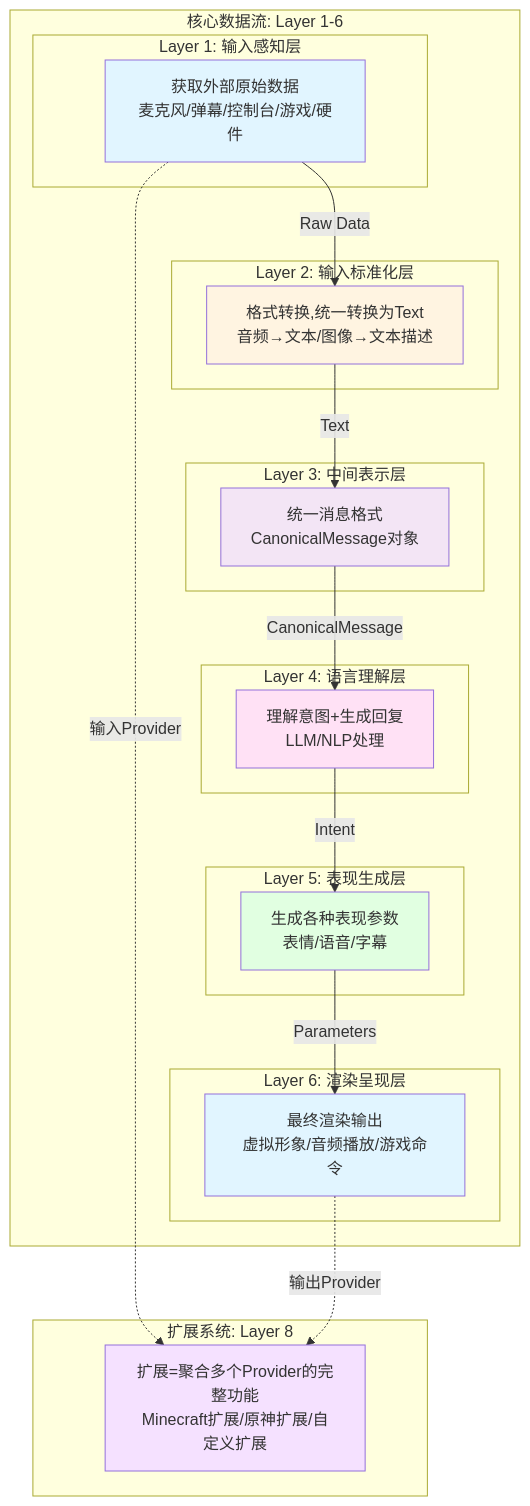
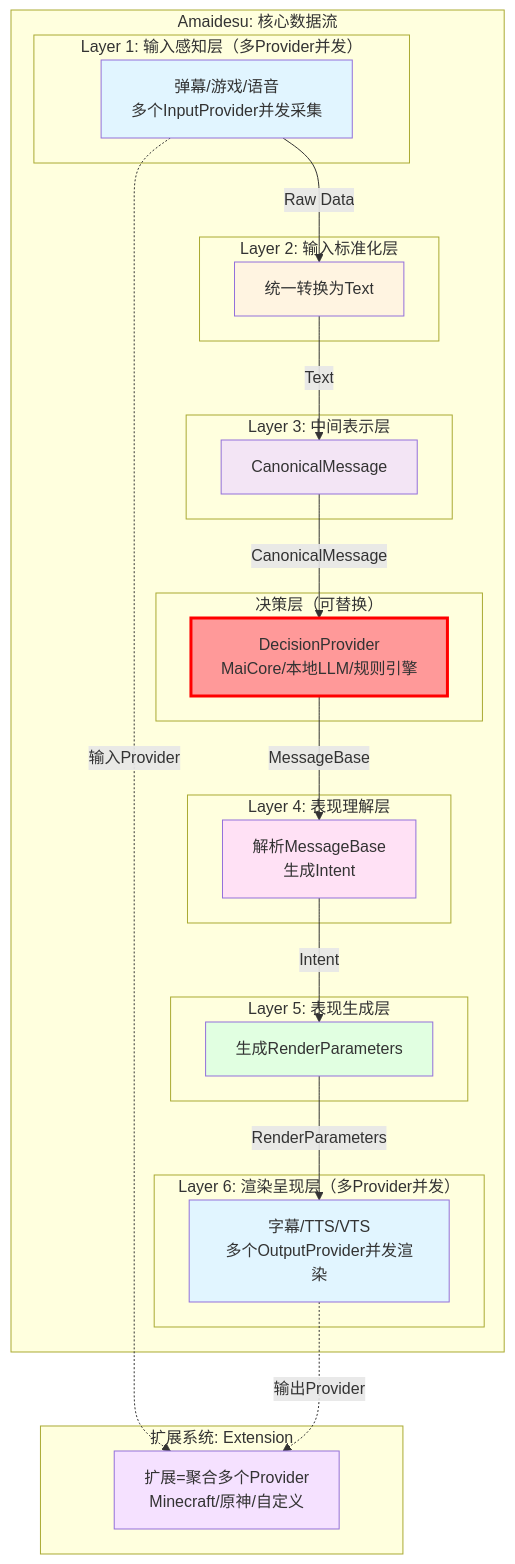
Before and after one commit to Mai-with-u/Amaidesu: the diagram in refactor/design.md, drawn with Mermaid. The commit also changed other lines of this file and 12 other files, not shown here.

````diff
--- a/refactor/design.md
+++ b/refactor/design.md
@@ -78,49 +79,55 @@
 ```mermaid
 graph TB
-    subgraph "核心数据流: Layer 1-6"
-        subgraph "Layer 1: 输入感知层"
-            Perception[获取外部原始数据<br/>麦克风/弹幕/控制台/游戏/硬件]
+    subgraph "Amaidesu: 核心数据流"
+        subgraph "Layer 1: 输入感知层（多Provider并发）"
+            Perception[弹幕/游戏/语音<br/>多个InputProvider并发采集]
         end
 
         subgraph "Layer 2: 输入标准化层"
-            Normalization[格式转换,统一转换为Text<br/>音频→文本/图像→文本描述]
+            Normalization[统一转换为Text]
         end
 
         subgraph "Layer 3: 中间表示层"
-            Canonical[统一消息格式<br/>CanonicalMessage对象]
+            Canonical[CanonicalMessage]
         end
 
-        subgraph "Layer 4: 语言理解层"
-            Understanding[理解意图+生成回复<br/>LLM/NLP处理]
+        subgraph "决策层（可替换）"
+            DecisionLayer[DecisionProvider<br/>MaiCore/本地LLM/规则引擎]
+        end
+
+        subgraph "Layer 4: 表现理解层"
+            Understanding[解析MessageBase<br/>生成Intent]
         end
 
         subgraph "Layer 5: 表现生成层"
-            Expression[生成各种表现参数<br/>表情/语音/字幕]
+            Expression[生成RenderParameters]
         end
 
-        subgraph "Layer 6: 渲染呈现层"
-            Rendering[最终渲染输出<br/>虚拟形象/音频播放/游戏命令]
+        subgraph "Layer 6: 渲染呈现层（多Provider并发）"
+            Rendering[字幕/TTS/VTS<br/>多个OutputProvider并发渲染]
         end
     end
 
-    subgraph "扩展系统: Layer 8"
-        Extensions[扩展=聚合多个Provider的完整功能<br/>Minecraft扩展/原神扩展/自定义扩展]
+    subgraph "扩展系统: Extension"
+        Extensions[扩展=聚合多个Provider<br/>Minecraft/原神/自定义]
     end
 
     Perception -->|"Raw Data"| Normalization
     Normalization -->|"Text"| Canonical
-    Canonical -->|"CanonicalMessage"| Understanding
+    Canonical -->|"CanonicalMessage"| DecisionLayer
+    DecisionLayer -->|"MessageBase"| Understanding
     Understanding -->|"Intent"| Expression
-    Expression -->|"Parameters"| Rendering
+    Expression -->|"RenderParameters"| Rendering
 
     Perception -.输入Provider.-> Extensions
     Rendering -.输出Provider.-> Extensions
 
     style Perception fill:#e1f5ff
     style Normalization fill:#fff4e1
     style Canonical fill:#f3e5f5
+    style DecisionLayer fill:#ff9999,stroke:#ff0000,stroke-width:3px
     style Understanding fill:#ffe1f5
     style Expression fill:#e1ffe1
     style Rendering fill:#e1f5ff
     style Extensions fill:#f5e1ff
 ```
````
